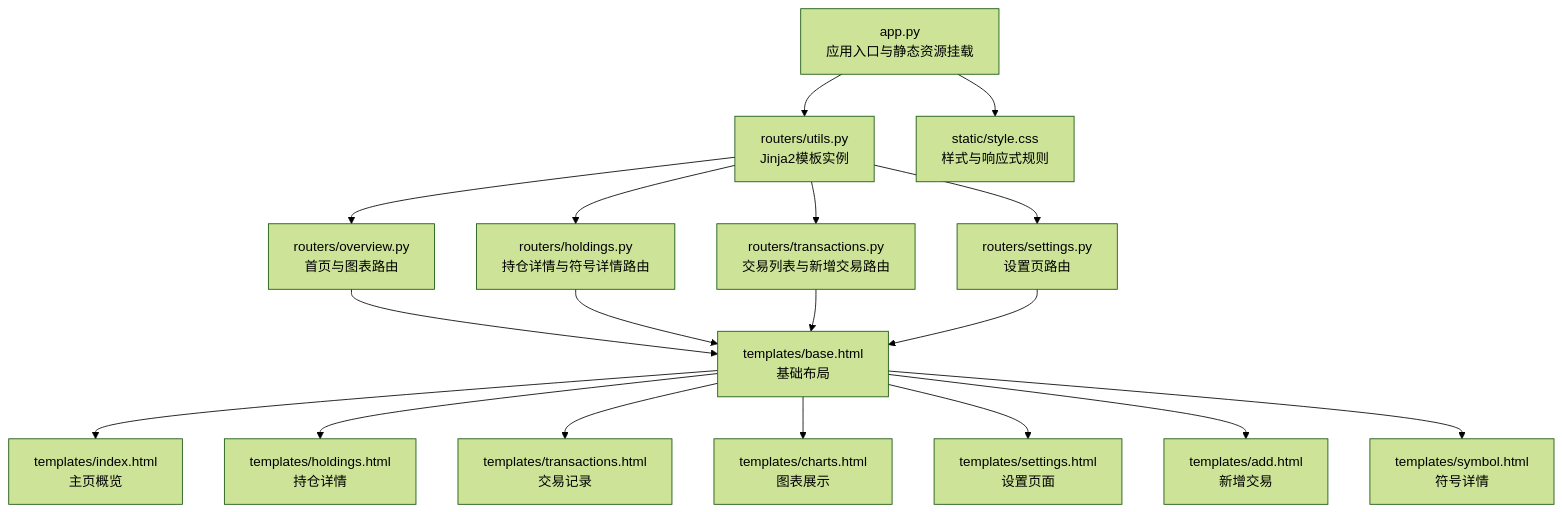
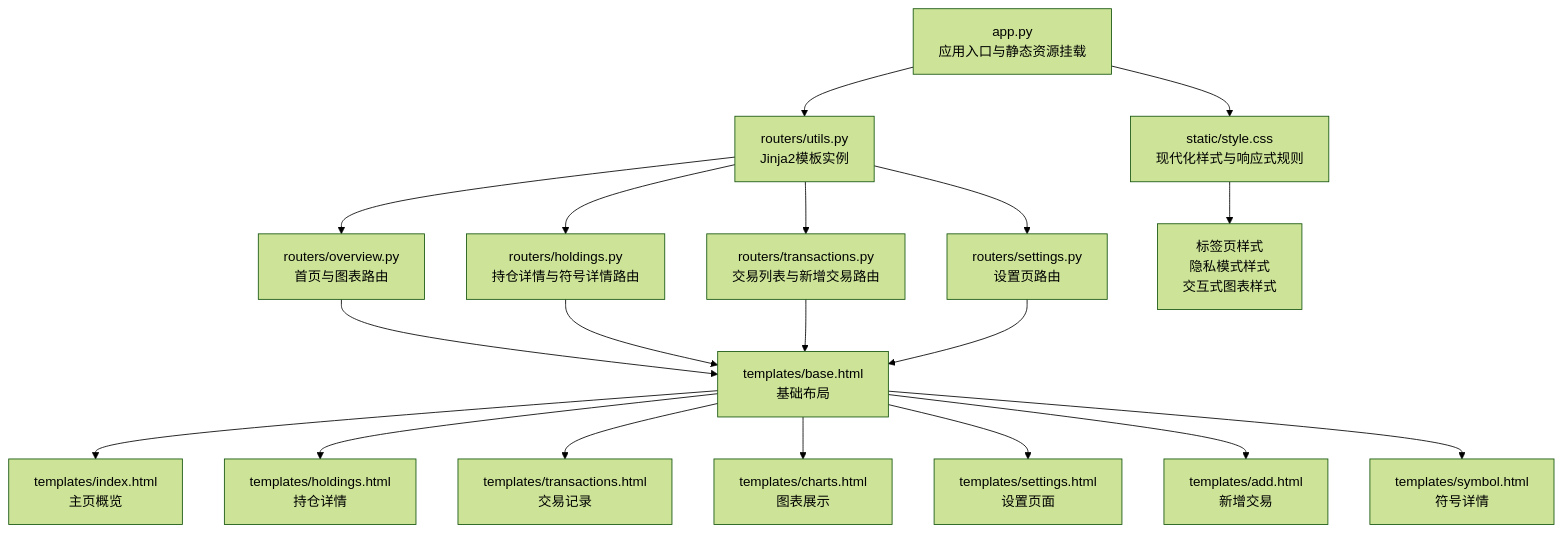
Before and after one commit to macrohuang/invest-log: the first of 7 diagrams in .qoder/repowiki/zh/content/前端模板系统/前端模板系统.md, drawn with Mermaid (forest theme). The commit also changed other lines of this file and 11 other files, not shown here.

````diff
--- a/.qoder/repowiki/zh/content/前端模板系统/前端模板系统.md
+++ b/.qoder/repowiki/zh/content/前端模板系统/前端模板系统.md
@@ -41,20 +54,21 @@
 ```mermaid
 graph TB
 A["app.py<br/>应用入口与静态资源挂载"] --> B["routers/utils.py<br/>Jinja2模板实例"]
 B --> C["routers/overview.py<br/>首页与图表路由"]
 B --> D["routers/holdings.py<br/>持仓详情与符号详情路由"]
 B --> E["routers/transactions.py<br/>交易列表与新增交易路由"]
 B --> F["routers/settings.py<br/>设置页路由"]
 C --> G["templates/base.html<br/>基础布局"]
 D --> G
 E --> G
 F --> G
 G --> H["templates/index.html<br/>主页概览"]
 G --> I["templates/holdings.html<br/>持仓详情"]
 G --> J["templates/transactions.html<br/>交易记录"]
 G --> K["templates/charts.html<br/>图表展示"]
 G --> L["templates/settings.html<br/>设置页面"]
 G --> M["templates/add.html<br/>新增交易"]
 G --> N["templates/symbol.html<br/>符号详情"]
-A --> O["static/style.css<br/>样式与响应式规则"]
+A --> O["static/style.css<br/>现代化样式与响应式规则"]
+O --> P["标签页样式<br/>隐私模式样式<br/>交互式图表样式"]
 ```
````
